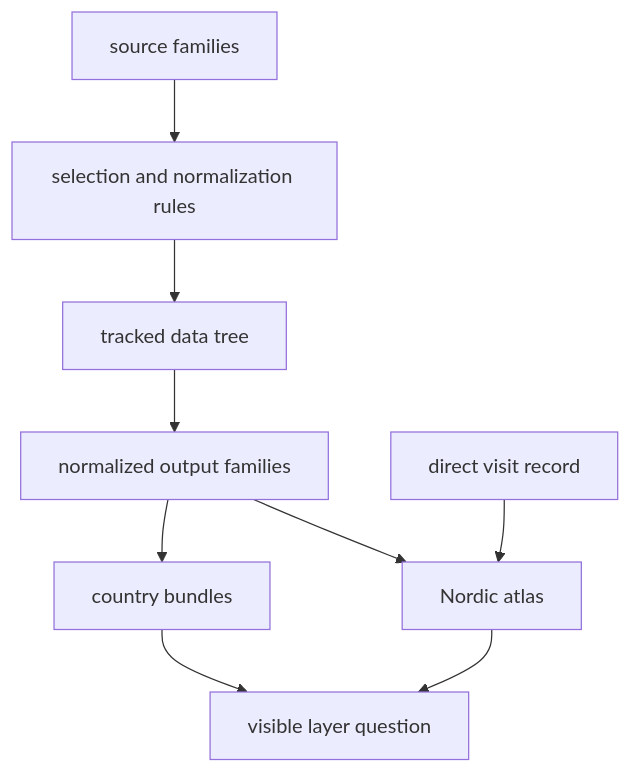
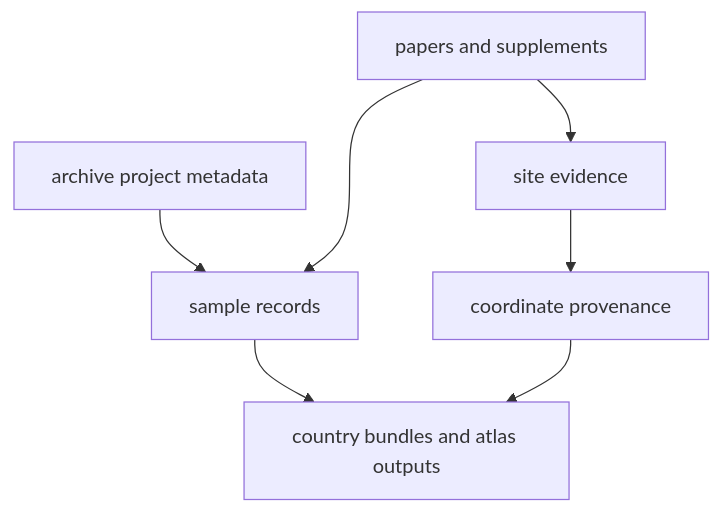
The diagram in docs/02-bijux-pollenomics-data/index.md (bijux/bijux-pollenomics), drawn with Mermaid before and after one commit. The commit also changed other lines of this file and 31 other files, not shown here.

Commit message:
docs(data): rebuild the animal evidence reference around sample contracts

````diff
--- a/docs/02-bijux-pollenomics-data/index.md
+++ b/docs/02-bijux-pollenomics-data/index.md
@@ -27,20 +28,16 @@
 ```mermaid
 flowchart TB
-    sources["source families"]
-    rules["selection and normalization rules"]
-    tree["tracked data tree"]
-    outputs["normalized output families"]
-    reports["country bundles"]
-    atlas["Nordic atlas"]
-    fieldwork["direct visit record"]
-    reader["visible layer question"]
+    projects["archive project metadata"]
+    papers["papers and supplements"]
+    samples["sample records"]
+    sites["site evidence"]
+    coordinates["coordinate provenance"]
+    outputs["country bundles and atlas outputs"]
 
-    sources --> rules
-    rules --> tree
-    tree --> outputs
-    outputs --> reports
-    outputs --> atlas
-    fieldwork --> atlas
-    atlas --> reader
-    reports --> reader
+    projects --> samples
+    papers --> samples
+    papers --> sites
+    sites --> coordinates
+    samples --> outputs
+    coordinates --> outputs
 ```
````
